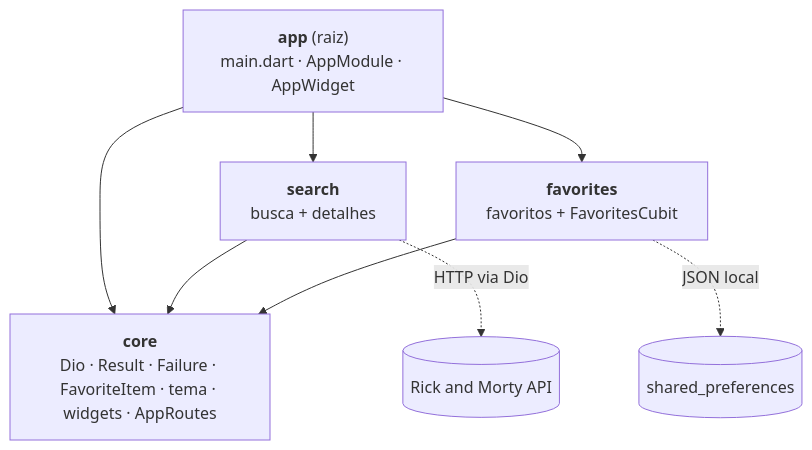
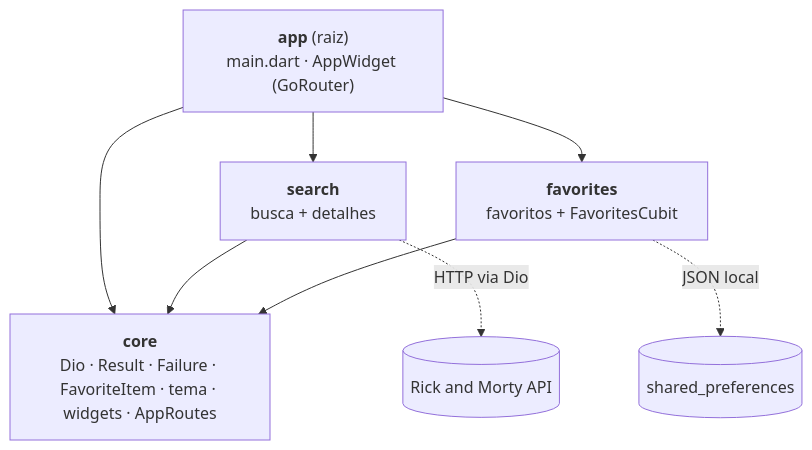
Before and after one commit to cleberson-lima/rick_and_morty_app: the first of 2 diagrams in README.md, drawn with Mermaid. The commit also changed other lines of this file and 29 other files, not shown here.

````diff
--- a/README.md
+++ b/README.md
@@ -118,17 +119,17 @@
 ```mermaid
 flowchart TD
-    app["<b>app</b> (raiz)<br/>main.dart · AppModule · AppWidget"]
+    app["<b>app</b> (raiz)<br/>main.dart · AppWidget (GoRouter)"]
     search["<b>search</b><br/>busca + detalhes"]
     favorites["<b>favorites</b><br/>favoritos + FavoritesCubit"]
     core["<b>core</b><br/>Dio · Result · Failure · FavoriteItem · tema · widgets · AppRoutes"]
     api[("Rick and Morty API")]
     prefs[("shared_preferences")]
 
     app --> search
     app --> favorites
     app --> core
     search --> core
     favorites --> core
     search -. HTTP via Dio .-> api
     favorites -. JSON local .-> prefs
 ```
````
